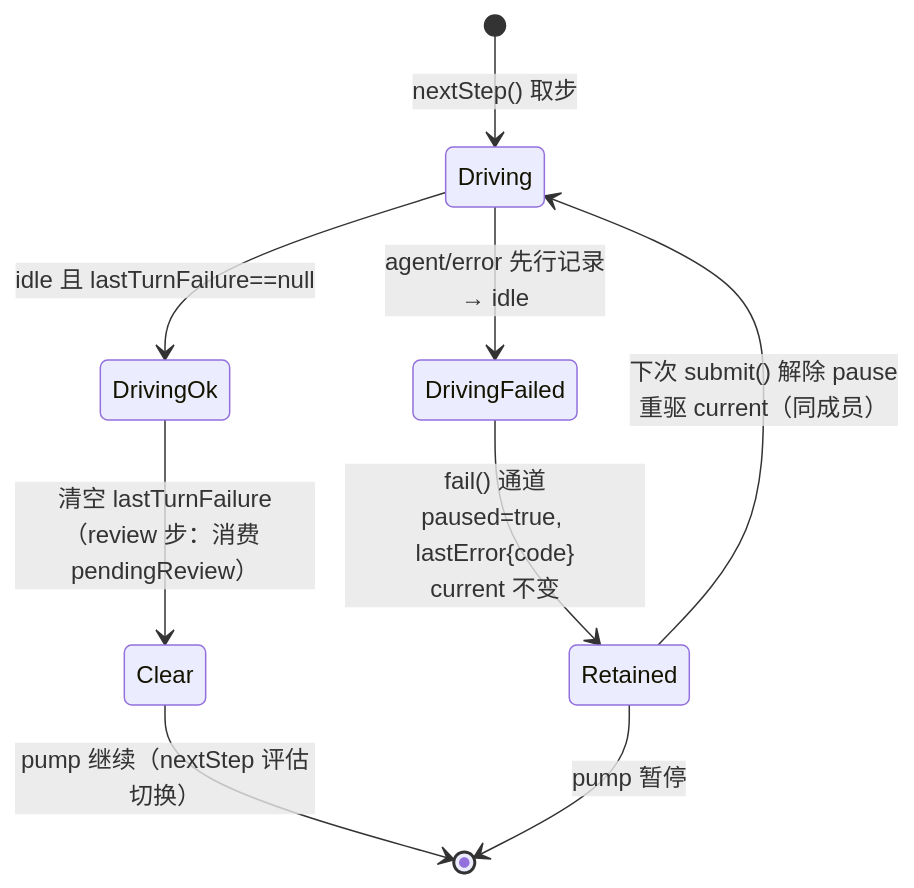
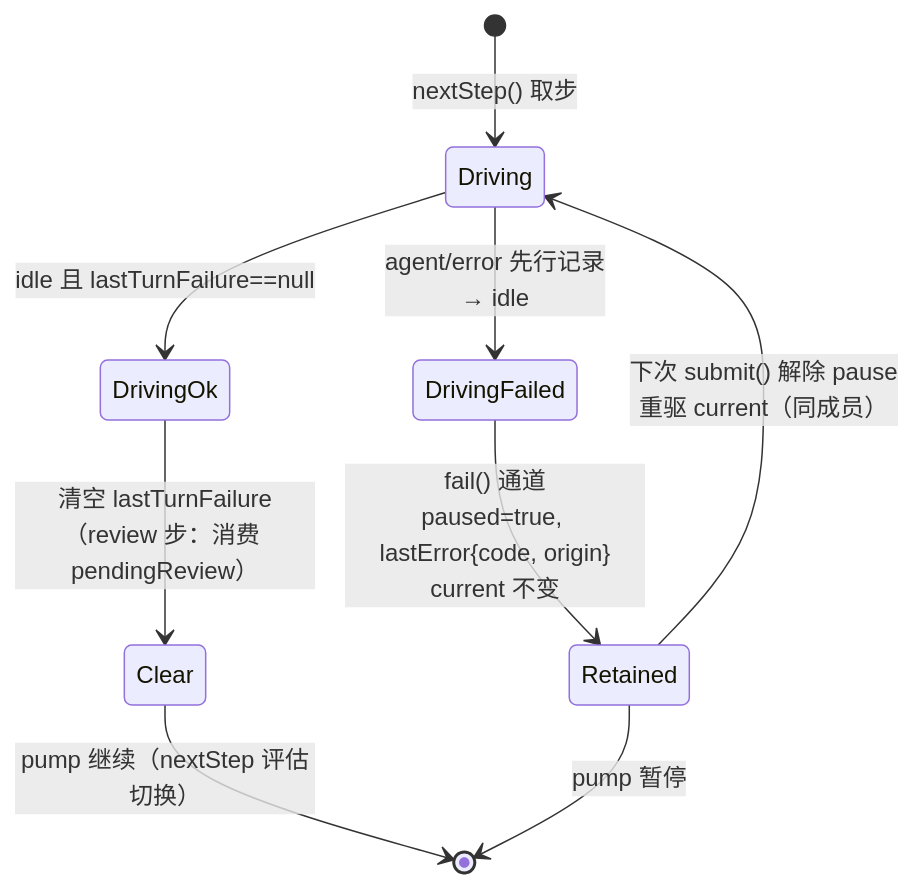
Before and after one commit to LiuKexin255/dominion: the first of 2 diagrams in specs/063-llm-reliability-opencode-go/data-model.md, drawn with Mermaid. The commit also changed other lines of this file and 8 other files, not shown here.

Commit message:
063 phase 4 补充: T011a 流收束判别——OrchestratorFailureOrigin(origin=member-turn/orchestration) 显式编码两个失败进入点、session 静止点按 origin 二分收束（member-turn 干净 EOF+turn_end ERROR 帧在场 / orchestration 保持 INTERNAL 防伪装）、契约与 data-model 同步修订、session 单测新增干净收束用例；修复 T023 首跑 4 用例同根因失败，saolei-loop 63/agent_v2 128 用例全绿

````diff
--- a/specs/063-llm-reliability-opencode-go/data-model.md
+++ b/specs/063-llm-reliability-opencode-go/data-model.md
@@ -97,11 +103,11 @@
 ```mermaid
 stateDiagram-v2
     [*] --> Driving : nextStep() 取步
     Driving --> DrivingOk : idle 且 lastTurnFailure==null
     Driving --> DrivingFailed : agent/error 先行记录<br/>→ idle
     DrivingOk --> Clear : 清空 lastTurnFailure<br/>（review 步：消费 pendingReview）
-    DrivingFailed --> Retained : fail() 通道<br/>paused=true, lastError{code}<br/>current 不变
+    DrivingFailed --> Retained : fail() 通道<br/>paused=true, lastError{code, origin}<br/>current 不变
     Retained --> Driving : 下次 submit() 解除 pause<br/>重驱 current（同成员）
     Clear --> [*] : pump 继续（nextStep 评估切换）
     Retained --> [*] : pump 暂停
 ```
````
